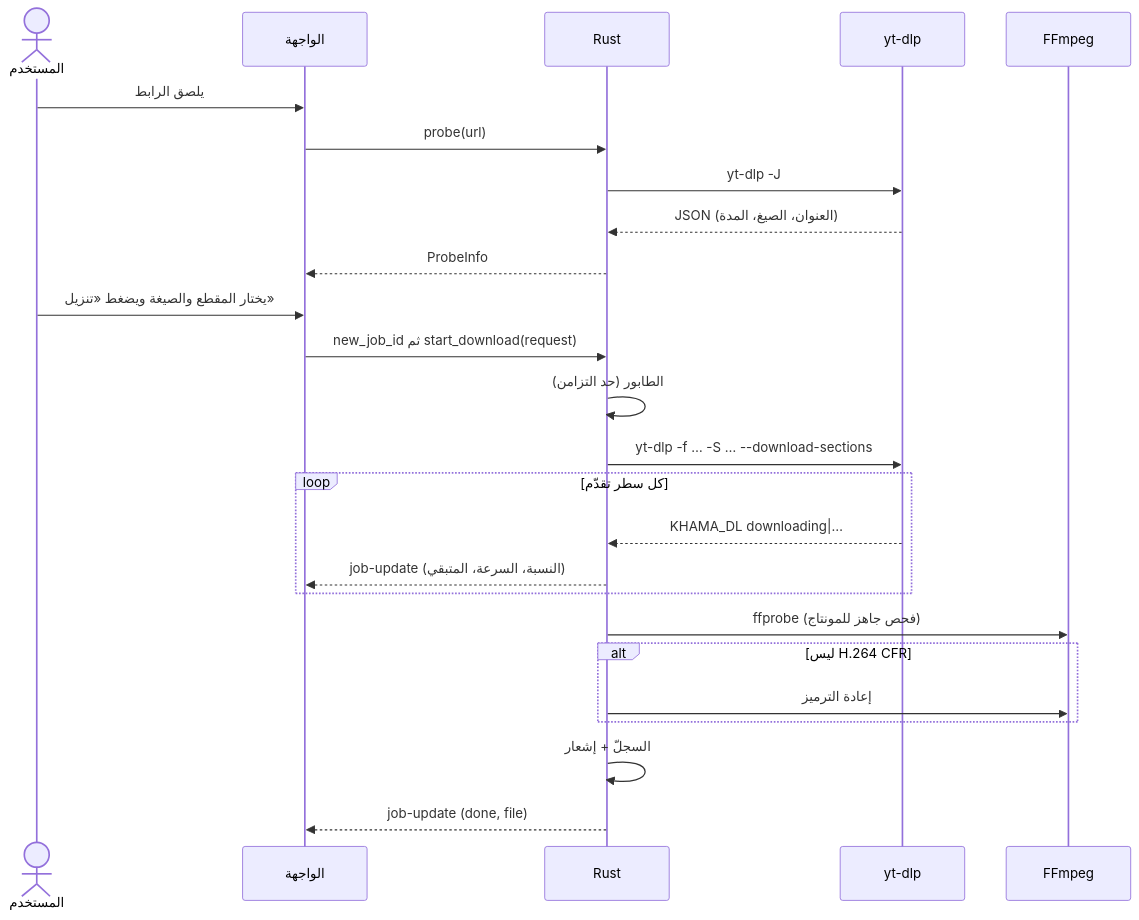
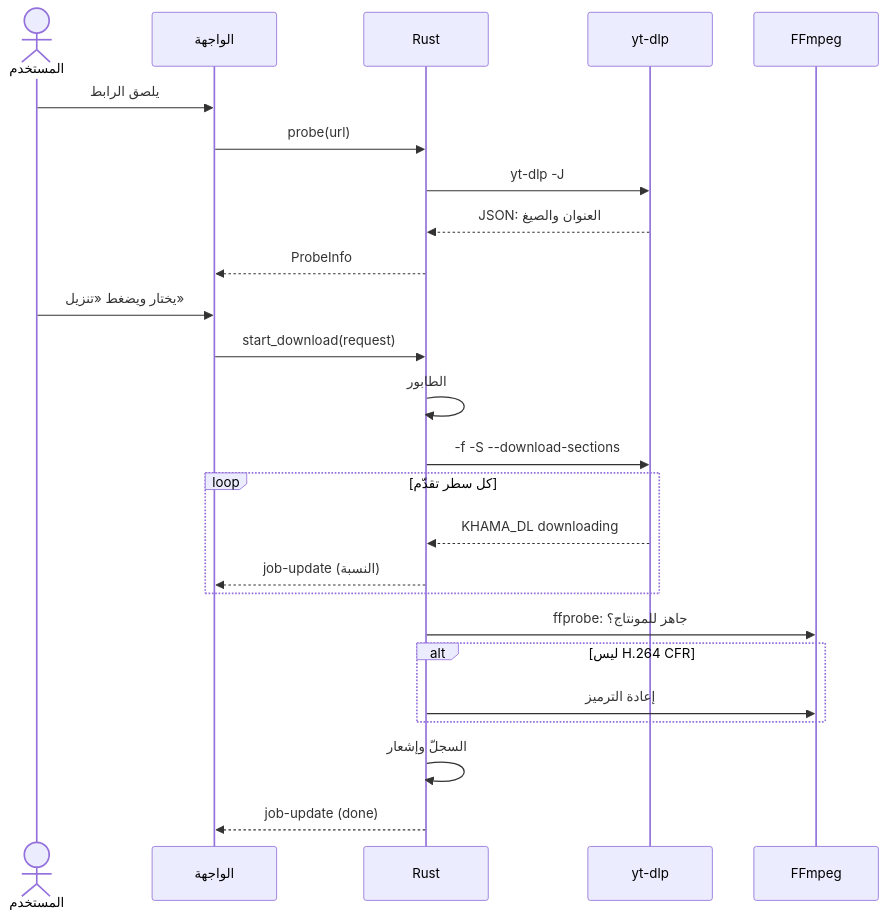
The second of 5 diagrams in docs/report/04-design.md (jake750/khama), drawn with Mermaid before and after one commit. The commit also changed other lines of this file and 6 other files, not shown here.

First line of the commit message:
R3-A48: تصحيح مخطط الحالات، وحالات استخدام بصيغة UML، ومخططات مقروءة مطبوعة، والعنوان تحت الشكل

````diff
--- a/docs/report/04-design.md
+++ b/docs/report/04-design.md
@@ -84,27 +78,27 @@
 ```mermaid
 sequenceDiagram
   actor U as المستخدم
   participant W as الواجهة
   participant R as Rust
   participant Y as yt-dlp
   participant F as FFmpeg
   U->>W: يلصق الرابط
   W->>R: probe(url)
   R->>Y: yt-dlp -J
-  Y-->>R: JSON (العنوان، الصيغ، المدة)
+  Y-->>R: JSON: العنوان والصيغ
   R-->>W: ProbeInfo
-  U->>W: يختار المقطع والصيغة ويضغط «تنزيل»
-  W->>R: new_job_id ثم start_download(request)
-  R->>R: الطابور (حد التزامن)
-  R->>Y: yt-dlp -f … -S … --download-sections
+  U->>W: يختار ويضغط «تنزيل»
+  W->>R: start_download(request)
+  R->>R: الطابور
+  R->>Y: -f -S --download-sections
   loop كل سطر تقدّم
-    Y-->>R: KHAMA_DL downloading|…
-    R-->>W: job-update (النسبة، السرعة، المتبقي)
+    Y-->>R: KHAMA_DL downloading
+    R-->>W: job-update (النسبة)
   end
-  R->>F: ffprobe (فحص جاهز للمونتاج)
+  R->>F: ffprobe: جاهز للمونتاج؟
   alt ليس H.264 CFR
     R->>F: إعادة الترميز
   end
-  R->>R: السجلّ + إشعار
-  R-->>W: job-update (done, file)
+  R->>R: السجلّ وإشعار
+  R-->>W: job-update (done)
 ```
````
